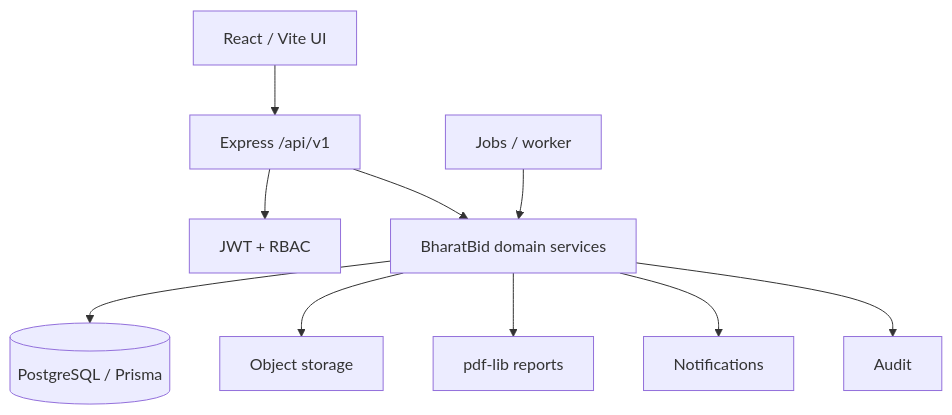
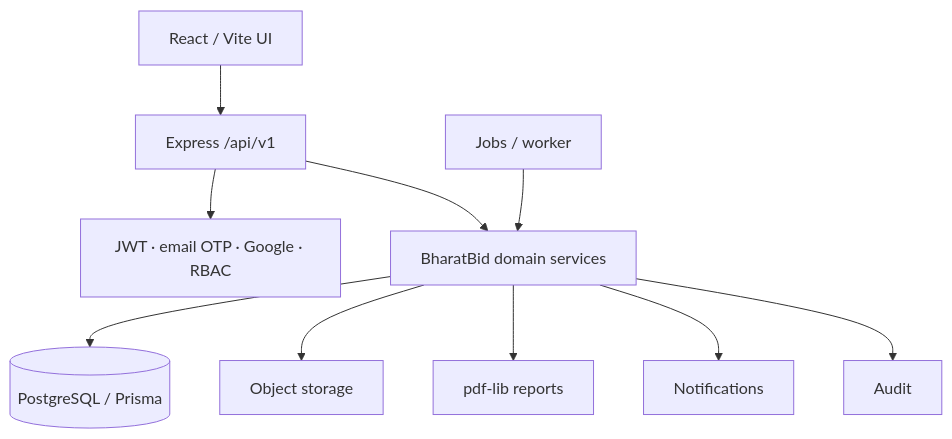
One commit to upadhyaydhruv202-hue/Bharatbid changed the second of 4 diagrams in README.md. Above: the diagram before and after it, drawn with Mermaid. The commit also changed other lines of this file and 4 other files, not shown here.

````diff
--- a/README.md
+++ b/README.md
@@ -306,23 +311,23 @@
 ```mermaid
 flowchart TB
   UI[React / Vite UI]
   API[Express /api/v1]
-  AUTH[JWT + RBAC]
+  AUTH[JWT · email OTP · Google · RBAC]
   DOM[BharatBid domain services]
   PG[(PostgreSQL / Prisma)]
   ST[Object storage]
   JOB[Jobs / worker]
   PDF[pdf-lib reports]
   N[Notifications]
   AUD[Audit]
 
   UI --> API
   API --> AUTH
   API --> DOM
   DOM --> PG
   DOM --> ST
   DOM --> PDF
   DOM --> N
   DOM --> AUD
   JOB --> DOM
 ```
````
